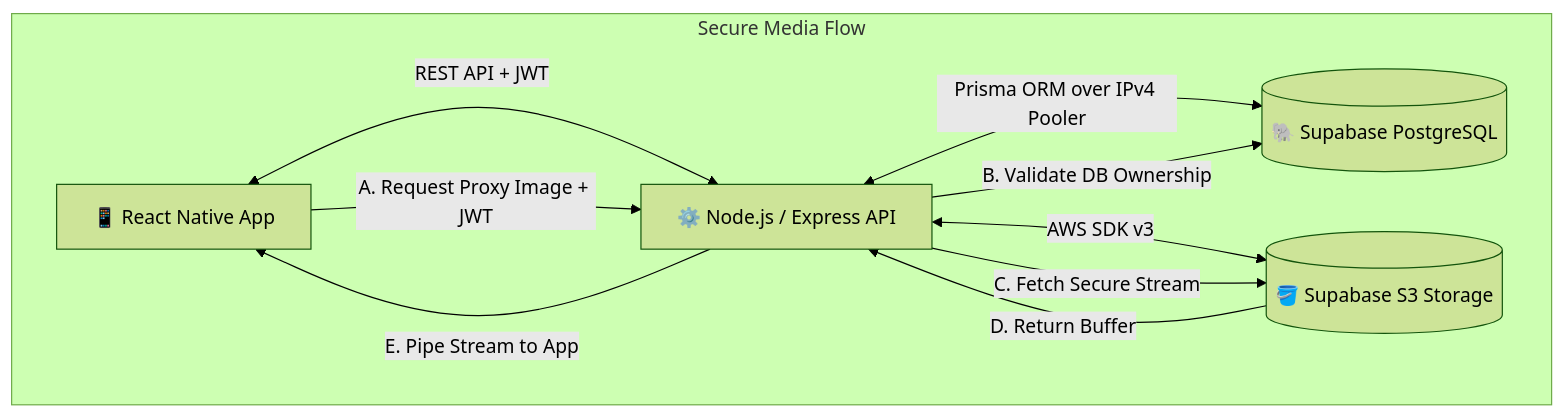
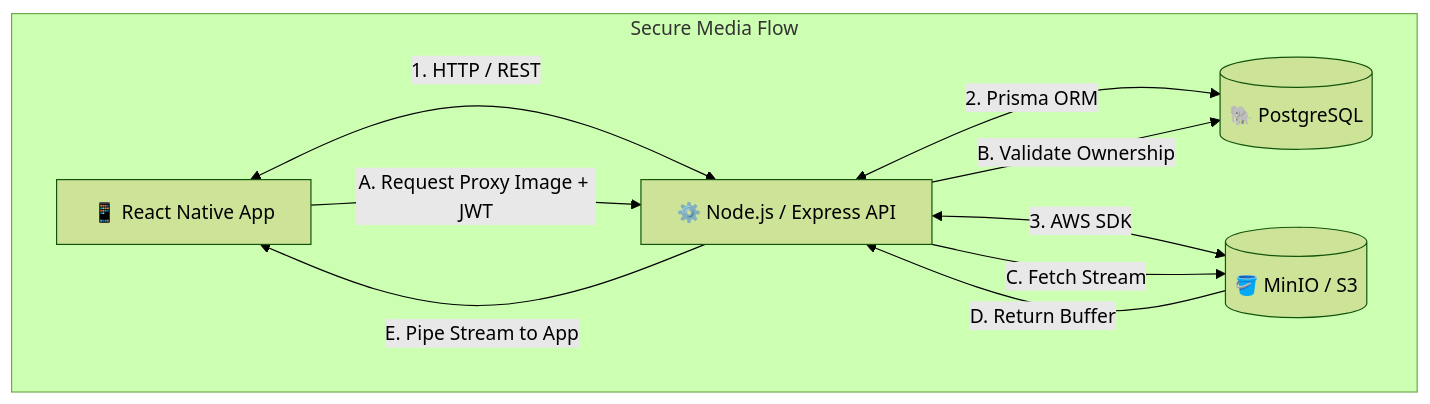
One commit to talibuilds/FAZE changed the first of 2 diagrams in README.md. Above: the diagram before and after it, drawn with Mermaid (forest theme). The commit also changed other lines of this file, not shown here.

Commit message:
docs: restore API reference and tech docs to README

````diff
--- a/README.md
+++ b/README.md
@@ -77,19 +156,19 @@
 ```mermaid
 graph TD
     Client[📱 React Native App]
     Backend[⚙️ Node.js / Express API]
-    DB[(🐘 Supabase PostgreSQL)]
-    S3[(🪣 Supabase S3 Storage)]
+    DB[(🐘 PostgreSQL)]
+    S3[(🪣 MinIO / S3)]
 
-    Client <-->|REST API + JWT| Backend
-    Backend <-->|Prisma ORM over IPv4 Pooler| DB
-    Backend <-->|AWS SDK v3| S3
+    Client <-->|1. HTTP / REST| Backend
+    Backend <-->|2. Prisma ORM| DB
+    Backend <-->|3. AWS SDK| S3
 
     subgraph Secure Media Flow
         Client -->|A. Request Proxy Image + JWT| Backend
-        Backend -->|B. Validate DB Ownership| DB
-        Backend -->|C. Fetch Secure Stream| S3
+        Backend -->|B. Validate Ownership| DB
+        Backend -->|C. Fetch Stream| S3
         S3 -->|D. Return Buffer| Backend
         Backend -->|E. Pipe Stream to App| Client
     end
 ```
````
